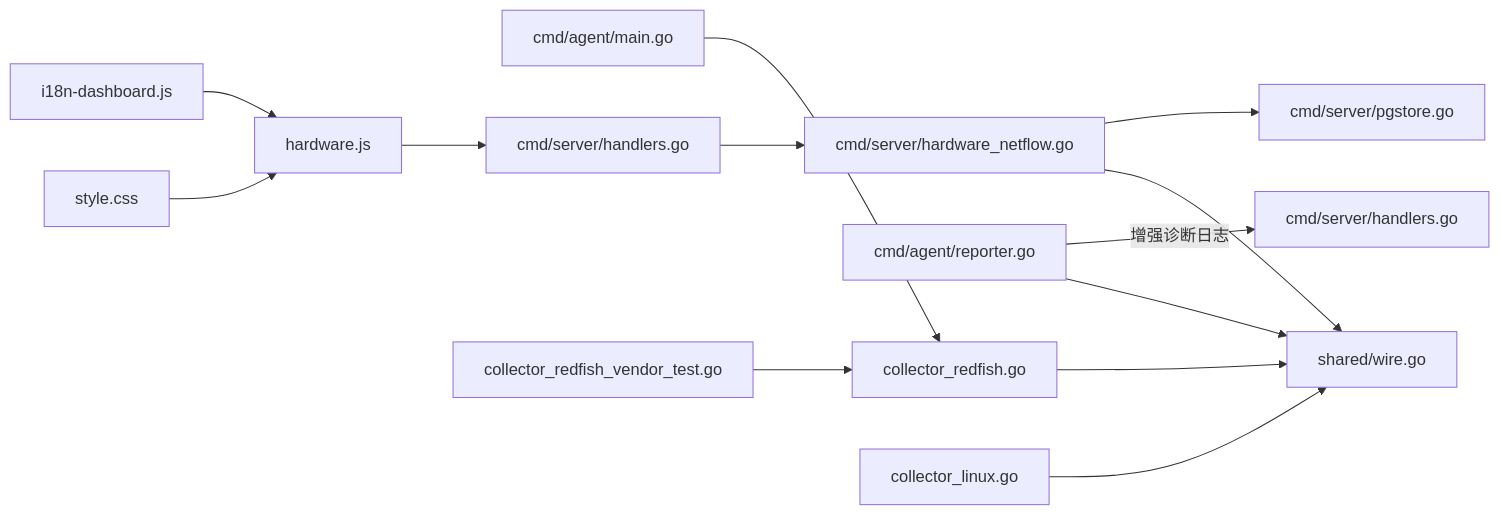
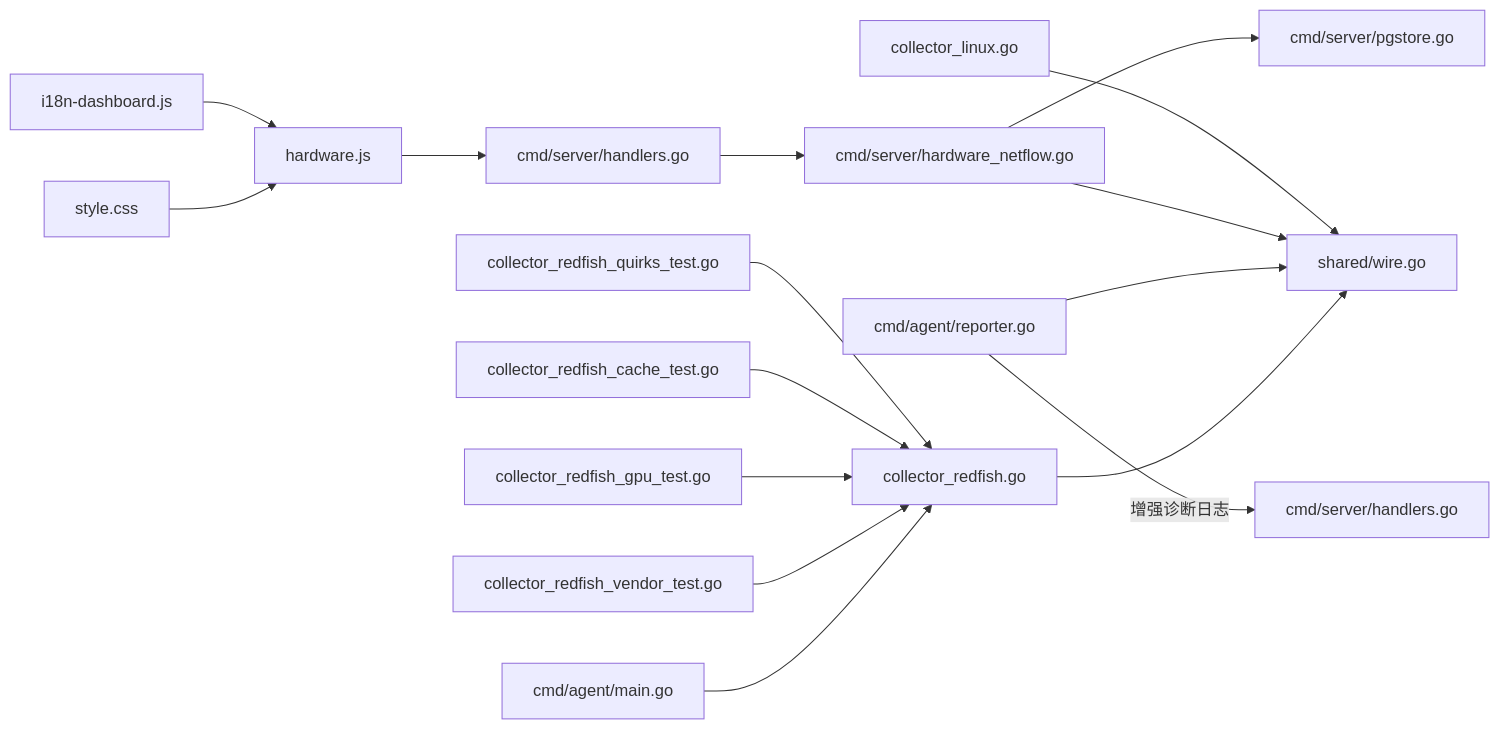
One commit to sreyun/aiops-monitor changed the sixth of 6 diagrams in .qoder/repowiki/zh/content/架构设计/Agent 客户端架构/Redfish硬件采集器.md. Above: the diagram before and after it, drawn with Mermaid. The commit also changed other lines of this file and 41 other files, not shown here.

````diff
--- a/.qoder/repowiki/zh/content/架构设计/Agent 客户端架构/Redfish硬件采集器.md
+++ b/.qoder/repowiki/zh/content/架构设计/Agent 客户端架构/Redfish硬件采集器.md
@@ -936,15 +990,18 @@
 ```mermaid
 graph LR
 CR["collector_redfish.go"] --> SW["shared/wire.go"]
 AM["cmd/agent/main.go"] --> CR
 REP["cmd/agent/reporter.go"] --> SW
 REP --> |"增强诊断日志"| SV["cmd/server/handlers.go"]
 HG["cmd/server/handlers.go"] --> HN["cmd/server/hardware_netflow.go"]
 HN --> SW
 HN --> PS["cmd/server/pgstore.go"]
 LNX["collector_linux.go"] --> SW
 TEST["collector_redfish_vendor_test.go"] --> CR
+GPU_TEST["collector_redfish_gpu_test.go"] --> CR
+CACHE_TEST["collector_redfish_cache_test.go"] --> CR
+QUIRKS_TEST["collector_redfish_quirks_test.go"] --> CR
 HWJS["hardware.js"] --> HG
 STYLE["style.css"] --> HWJS
 I18N["i18n-dashboard.js"] --> HWJS
 ```
````
